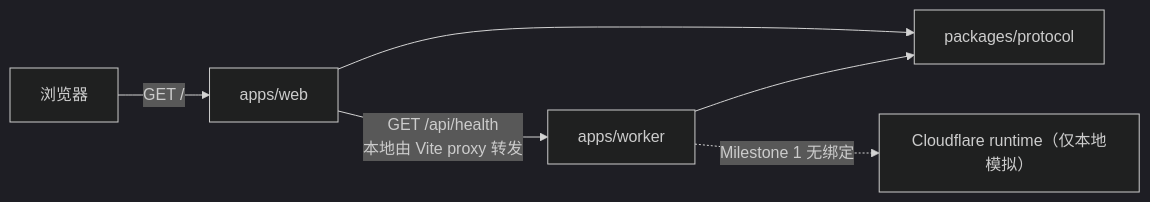
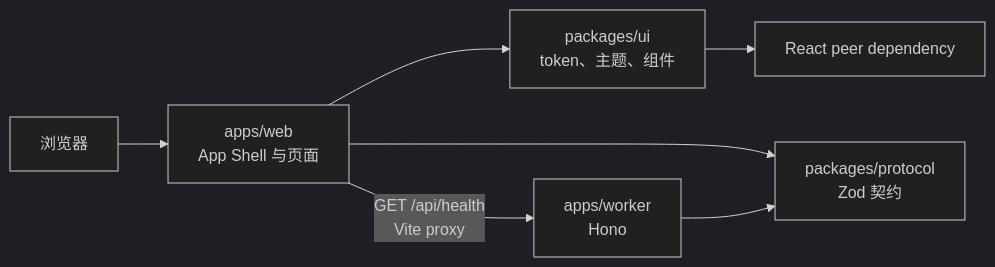
One commit to kasperyhr/axiom-garden changed the first of 2 diagrams in docs/ARCHITECTURE.md. Above: the diagram before and after it, drawn with Mermaid (dark theme). The commit also changed other lines of this file and 59 other files, not shown here.

Commit message:
feat: establish design system and app shell

````diff
--- a/docs/ARCHITECTURE.md
+++ b/docs/ARCHITECTURE.md
@@ -10,8 +12,9 @@
 ```mermaid
 flowchart LR
-  Browser["浏览器"] -->|"GET /"| Web["apps/web"]
-  Web -->|"GET /api/health<br/>本地由 Vite proxy 转发"| Worker["apps/worker"]
-  Web --> Protocol["packages/protocol"]
+  Browser["浏览器"] --> Web["apps/web<br/>App Shell 与页面"]
+  Web --> UI["packages/ui<br/>token、主题、组件"]
+  Web -->|"GET /api/health<br/>Vite proxy"| Worker["apps/worker<br/>Hono"]
+  Web --> Protocol["packages/protocol<br/>Zod 契约"]
   Worker --> Protocol
-  Worker -. "Milestone 1 无绑定" .-> Cloudflare["Cloudflare runtime（仅本地模拟）"]
+  UI --> React["React peer dependency"]
 ```
````
